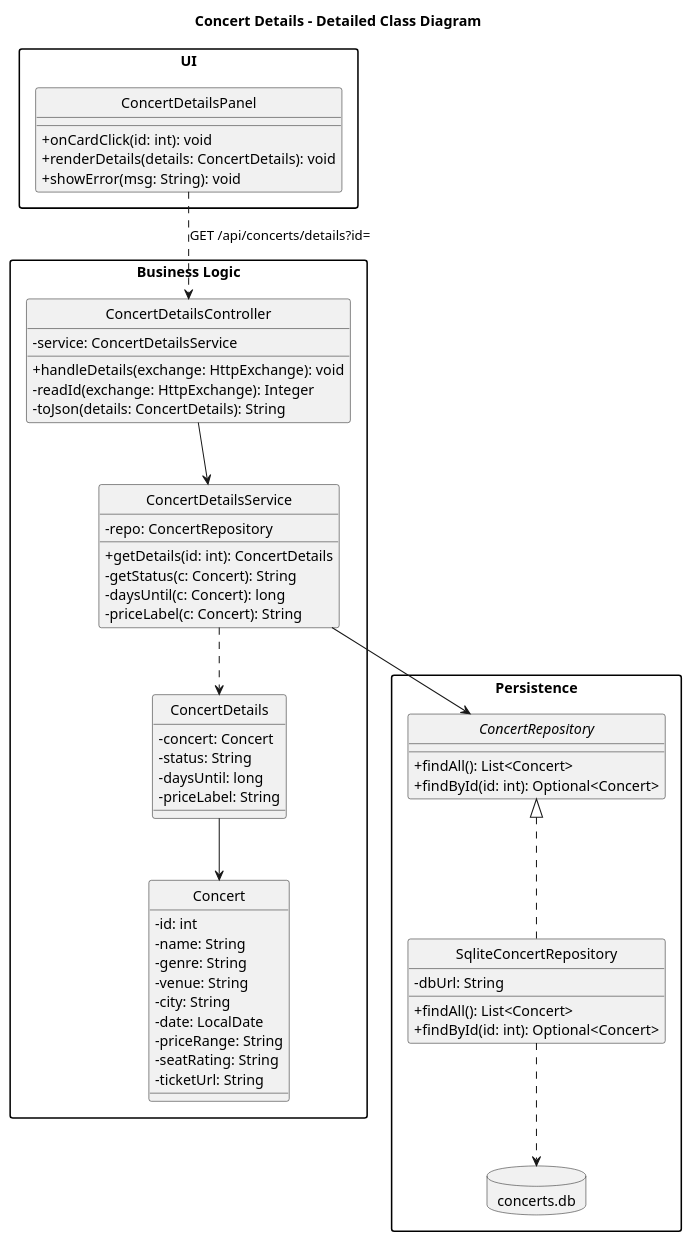
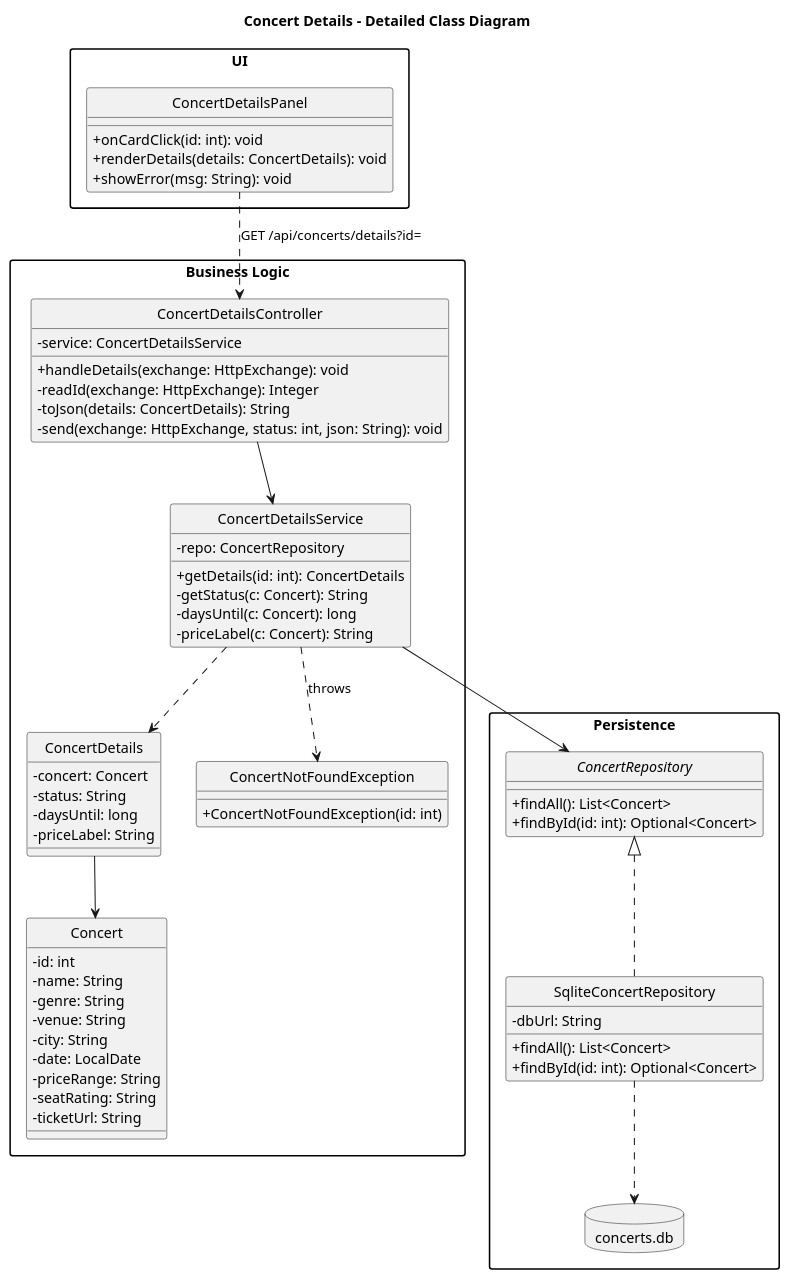
One commit to Terinaishaqzai/Concert-Tracker changed the diagram in docs/diagrams/terina/2-details-detailed-class.puml. Above: the diagram before and after it, drawn with PlantUML. The commit also changed 11 other files, not shown here.

Commit message:
Add Concert Details feature

```diff
--- a/docs/diagrams/terina/2-details-detailed-class.puml
+++ b/docs/diagrams/terina/2-details-detailed-class.puml
@@ -1,77 +1,83 @@
 @startuml
 title Concert Details - Detailed Class Diagram
 skinparam monochrome true
 skinparam shadowing false
 skinparam defaultFontName Arial
 skinparam classAttributeIconSize 0
 hide circle
 skinparam packageStyle rectangle
 allowmixing
 
 package "UI" {
   class ConcertDetailsPanel {
     + onCardClick(id: int): void
     + renderDetails(details: ConcertDetails): void
     + showError(msg: String): void
   }
 }
 
 package "Business Logic" {
   class ConcertDetailsController {
     - service: ConcertDetailsService
     + handleDetails(exchange: HttpExchange): void
     - readId(exchange: HttpExchange): Integer
     - toJson(details: ConcertDetails): String
+    - send(exchange: HttpExchange, status: int, json: String): void
   }
 
   class ConcertDetailsService {
     - repo: ConcertRepository
     + getDetails(id: int): ConcertDetails
     - getStatus(c: Concert): String
     - daysUntil(c: Concert): long
     - priceLabel(c: Concert): String
   }
 
   class ConcertDetails {
     - concert: Concert
     - status: String
     - daysUntil: long
     - priceLabel: String
+  }
+
+  class ConcertNotFoundException {
+    + ConcertNotFoundException(id: int)
   }
 
   class Concert {
     - id: int
     - name: String
     - genre: String
     - venue: String
     - city: String
     - date: LocalDate
     - priceRange: String
     - seatRating: String
     - ticketUrl: String
   }
 }
 
 package "Persistence" {
   interface ConcertRepository {
     + findAll(): List<Concert>
     + findById(id: int): Optional<Concert>
   }
 
   class SqliteConcertRepository {
     - dbUrl: String
     + findAll(): List<Concert>
     + findById(id: int): Optional<Concert>
   }
 
   database "concerts.db" as DB
 }
 
 ConcertDetailsPanel ..> ConcertDetailsController : GET /api/concerts/details?id=
 ConcertDetailsController --> ConcertDetailsService
 ConcertDetailsService --> ConcertRepository
 ConcertRepository <|.. SqliteConcertRepository
 SqliteConcertRepository ..> DB
 ConcertDetailsService ..> ConcertDetails
+ConcertDetailsService ..> ConcertNotFoundException : throws
 ConcertDetails --> Concert
 @enduml
```
